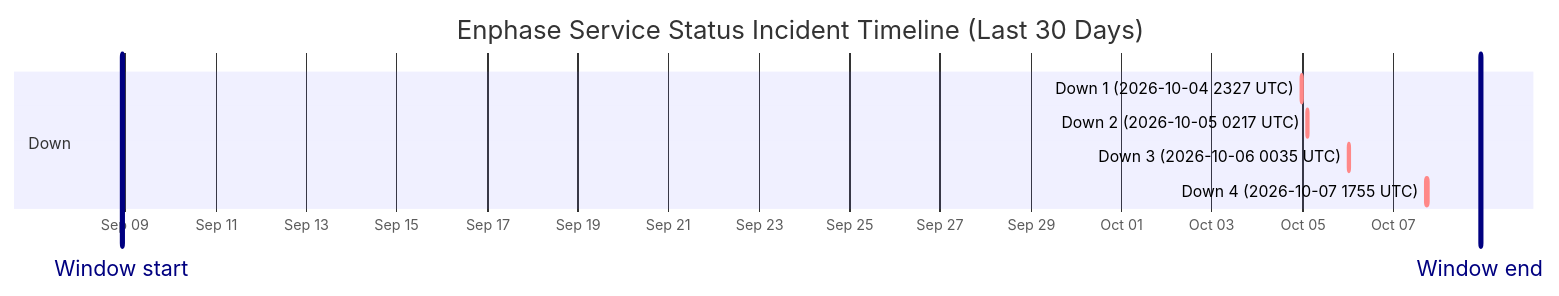
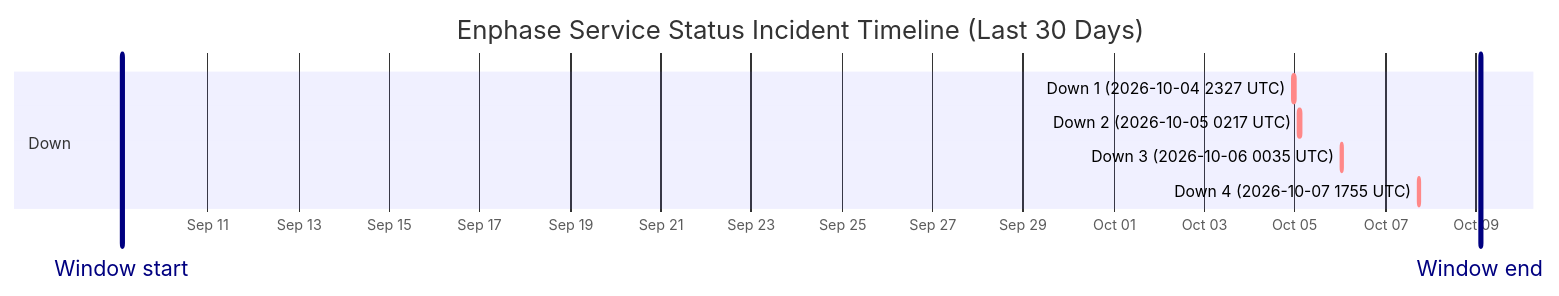
Before and after one commit to barneyonline/ha-enphase-energy: the diagram in wiki/Service-Status-History.md, drawn with Mermaid. The commit also changed other lines of this file and 3 other files, not shown here.

````diff
--- a/wiki/Service-Status-History.md
+++ b/wiki/Service-Status-History.md
@@ -14,13 +14,13 @@
 ```mermaid
 gantt
     title Enphase Service Status Incident Timeline (Last 30 Days)
     dateFormat  YYYY-MM-DDTHH:mm:ss
     axisFormat  %b %d
-    Window start :vert, window-start, 2026-09-08T22:21:17, 0ms
-    Window end :vert, window-end, 2026-10-08T22:21:17, 0ms
+    Window start :vert, window-start, 2026-09-09T02:23:54, 0ms
+    Window end :vert, window-end, 2026-10-09T02:23:54, 0ms
     section Down
     Down 1 (2026-10-04 2327 UTC) :crit, down-1, 2026-10-04T23:27:34, 60m
     Down 2 (2026-10-05 0217 UTC) :crit, down-2, 2026-10-05T02:17:30, 60m
     Down 3 (2026-10-06 0035 UTC) :crit, down-3, 2026-10-06T00:35:21, 60m
     Down 4 (2026-10-07 1755 UTC) :crit, down-4, 2026-10-07T17:55:16, 60m
 ```
````
